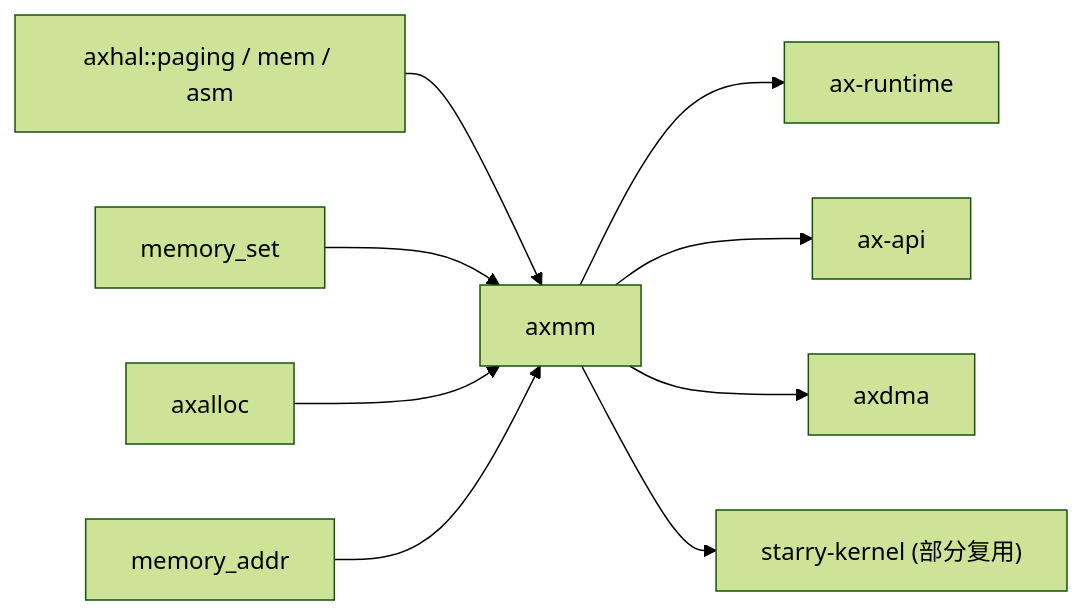
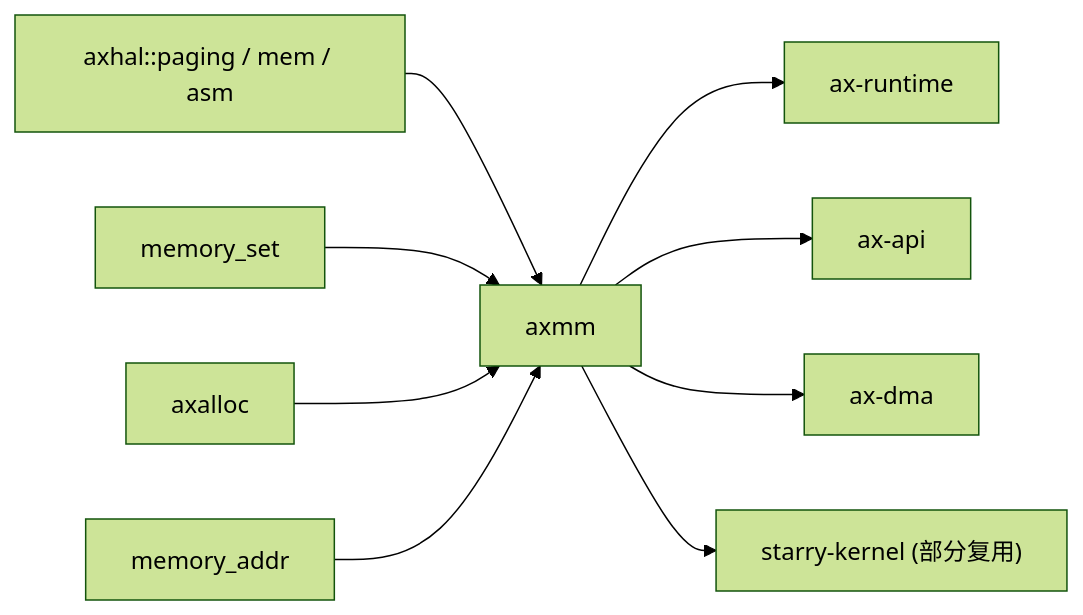
The second of 2 diagrams in docs/crates/axmm.md (zKurisu/tgoskits), drawn with Mermaid (forest theme) before and after one commit. The commit also changed other lines of this file and 31 other files, not shown here.

Commit message:
rename axdma to ax-dma

````diff
--- a/docs/crates/axmm.md
+++ b/docs/crates/axmm.md
@@ -103,12 +103,12 @@
 ```mermaid
 graph LR
     axhal["axhal::paging / mem / asm"] --> axmm["axmm"]
     memory_set["memory_set"] --> axmm
     axalloc["axalloc"] --> axmm
     memory_addr["memory_addr"] --> axmm
 
     axmm --> ax-runtime["ax-runtime"]
     axmm --> ax-api["ax-api"]
-    axmm --> axdma["axdma"]
+    axmm --> ax_dma["ax-dma"]
     axmm --> starry_kernel["starry-kernel (部分复用)"]
 ```
````
